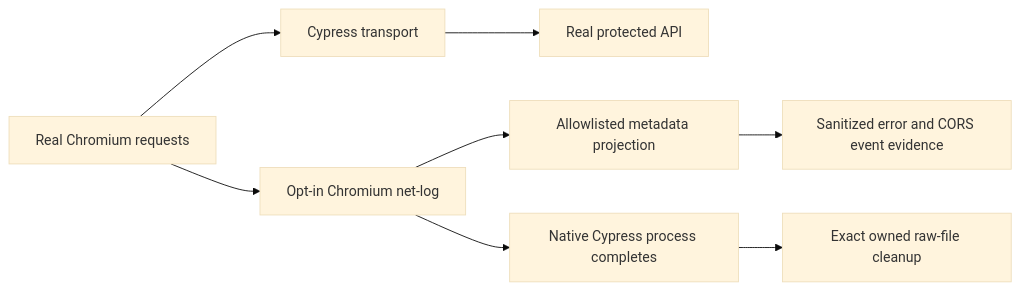
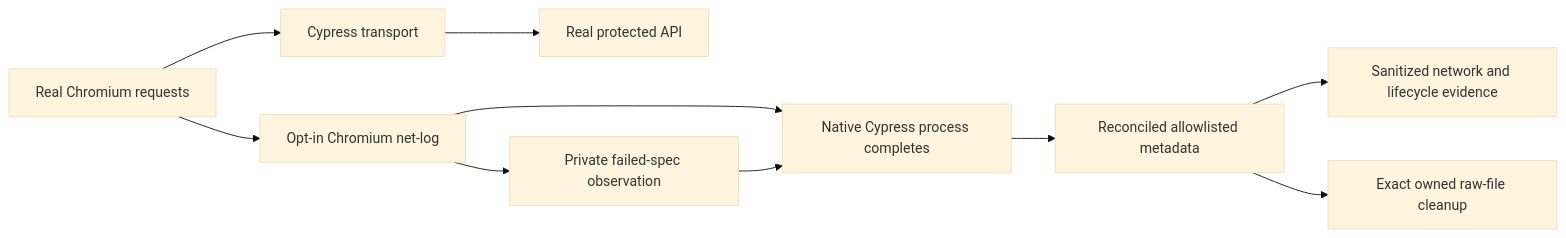
The sixth of 10 diagrams in docs/architecture/components/web/web-vitest-changed-suite-router-component.md (dunay2/dvt), drawn with Mermaid (base theme) before and after one commit. The commit also changed other lines of this file and 9 other files, not shown here.

````diff
--- a/docs/architecture/components/web/web-vitest-changed-suite-router-component.md
+++ b/docs/architecture/components/web/web-vitest-changed-suite-router-component.md
@@ -475,10 +475,12 @@
 ```mermaid
 flowchart LR
   Browser[Real Chromium requests] --> Proxy[Cypress transport]
   Proxy --> API[Real protected API]
   Browser --> Capture[Opt-in Chromium net-log]
-  Capture --> Projection[Allowlisted metadata projection]
-  Projection --> Evidence[Sanitized error and CORS event evidence]
+  Capture --> Observation[Private failed-spec observation]
   Capture --> Completion[Native Cypress process completes]
-  Completion --> Cleanup[Exact owned raw-file cleanup]
+  Observation --> Completion
+  Completion --> Projection[Reconciled allowlisted metadata]
+  Projection --> Evidence[Sanitized network and lifecycle evidence]
+  Projection --> Cleanup[Exact owned raw-file cleanup]
 ```
````
